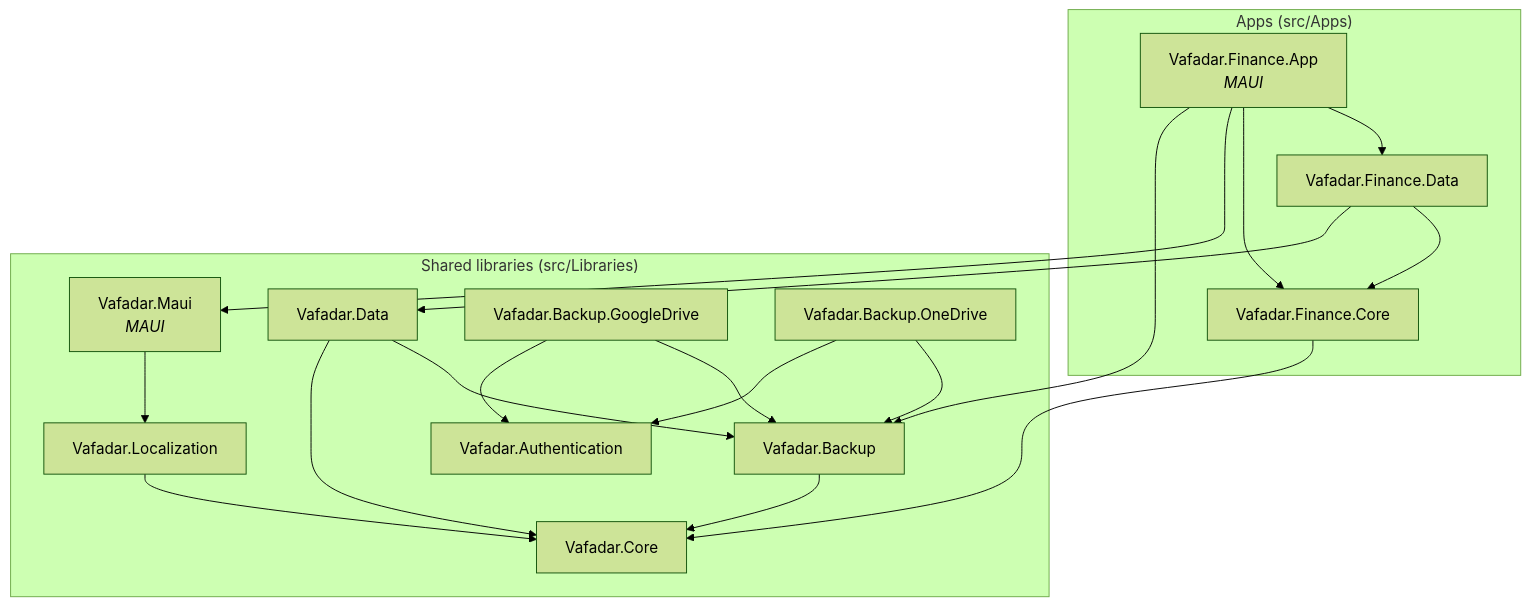
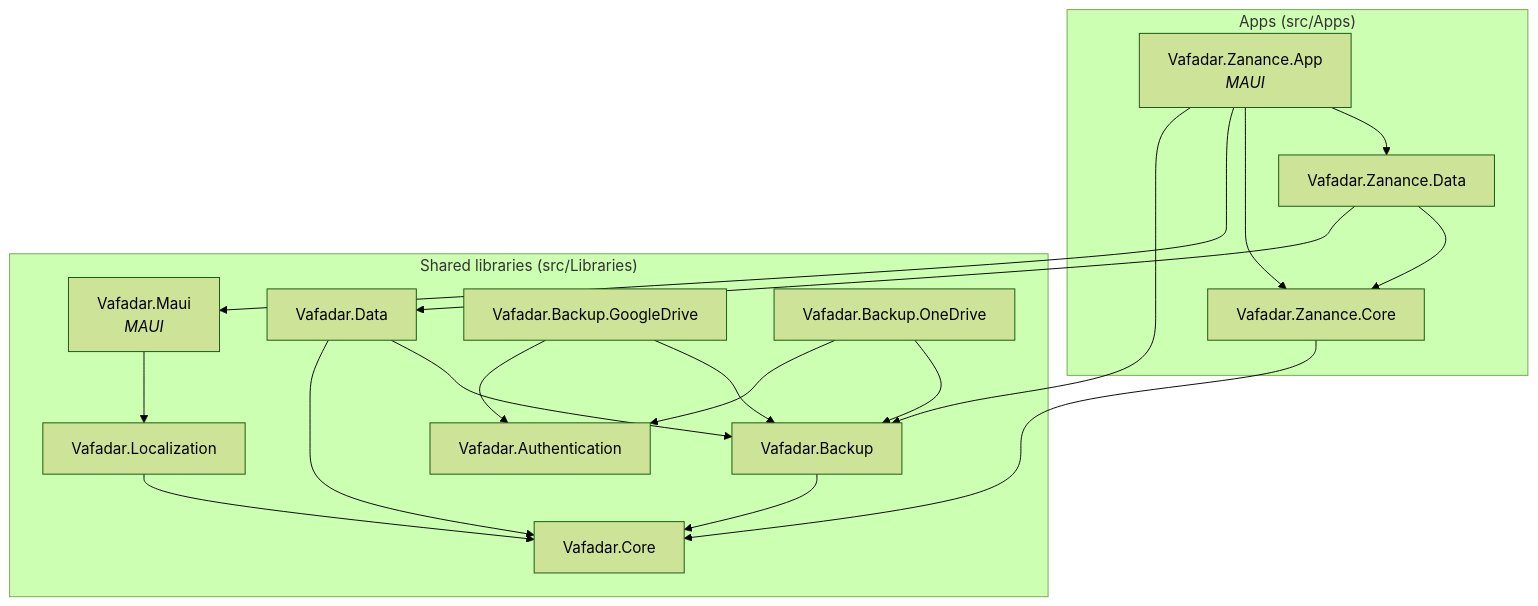
One commit to shahramvafadar/Vafadar.Apps changed the second of 2 diagrams in docs/architecture/overview.md. Above: the diagram before and after it, drawn with Mermaid (forest theme). The commit also changed other lines of this file and 645 other files, not shown here.

First line of the commit message:
refactor: rename the working name Finance to Zanance

````diff
--- a/docs/architecture/overview.md
+++ b/docs/architecture/overview.md
@@ -98,32 +98,32 @@
 ```mermaid
 flowchart TD
     subgraph apps["Apps (src/Apps)"]
-        FA["Vafadar.Finance.App<br/><i>MAUI</i>"]
-        FD[Vafadar.Finance.Data]
-        FC[Vafadar.Finance.Core]
+        FA["Vafadar.Zanance.App<br/><i>MAUI</i>"]
+        FD[Vafadar.Zanance.Data]
+        FC[Vafadar.Zanance.Core]
     end
     subgraph libs["Shared libraries (src/Libraries)"]
         VM["Vafadar.Maui<br/><i>MAUI</i>"]
         VL[Vafadar.Localization]
         VD[Vafadar.Data]
         VB[Vafadar.Backup]
         GD[Vafadar.Backup.GoogleDrive]
         OD[Vafadar.Backup.OneDrive]
         VA[Vafadar.Authentication]
         VC[Vafadar.Core]
     end
 
     FA --> FD --> FC
     FA --> FC
     FA --> VM
     FA --> VB
     FD --> VD
     FC --> VC
     VM --> VL --> VC
     VD --> VB --> VC
     VD --> VC
     GD --> VB
     GD --> VA
     OD --> VB
     OD --> VA
 ```
````
